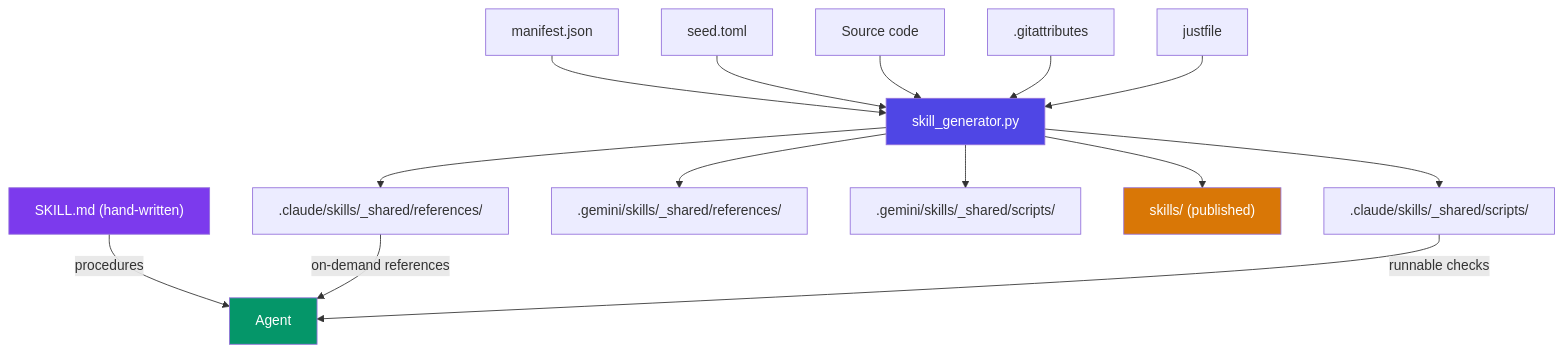
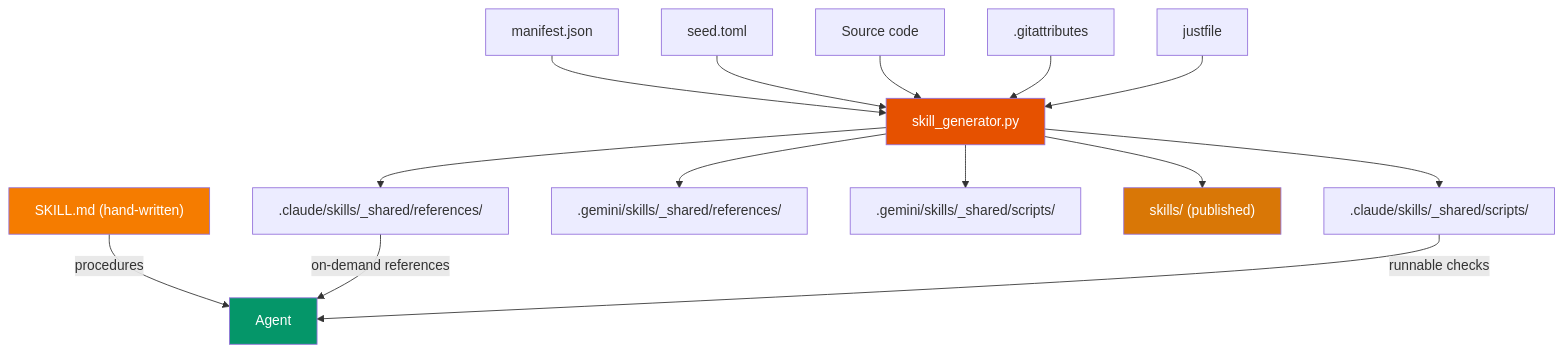
Before and after one commit to vamsiramakrishnan/adk-fluent: the diagram in docs/editor-setup/agent-skills.md, drawn with Mermaid. The commit also changed 20 other files, not shown here.

````diff
--- a/docs/editor-setup/agent-skills.md
+++ b/docs/editor-setup/agent-skills.md
@@ -338,23 +338,23 @@
 ```{mermaid}
 graph TD
     M[manifest.json] --> SG[skill_generator.py]
     S[seed.toml] --> SG
     SC[Source code] --> SG
     GA[.gitattributes] --> SG
     JF[justfile] --> SG
 
     SG --> CR[".claude/skills/_shared/references/"]
     SG --> CS[".claude/skills/_shared/scripts/"]
     SG --> GR[".gemini/skills/_shared/references/"]
     SG --> GS[".gemini/skills/_shared/scripts/"]
     SG --> PUB["skills/ (published)"]
 
     SK1["SKILL.md (hand-written)"] --> |procedures| Agent
     CR --> |on-demand references| Agent
     CS --> |runnable checks| Agent
 
-    style SG fill:#4f46e5,color:#fff
-    style SK1 fill:#7c3aed,color:#fff
+    style SG fill:#E65100,color:#fff
+    style SK1 fill:#F57C00,color:#fff
     style Agent fill:#059669,color:#fff
     style PUB fill:#d97706,color:#fff
 ```
````
